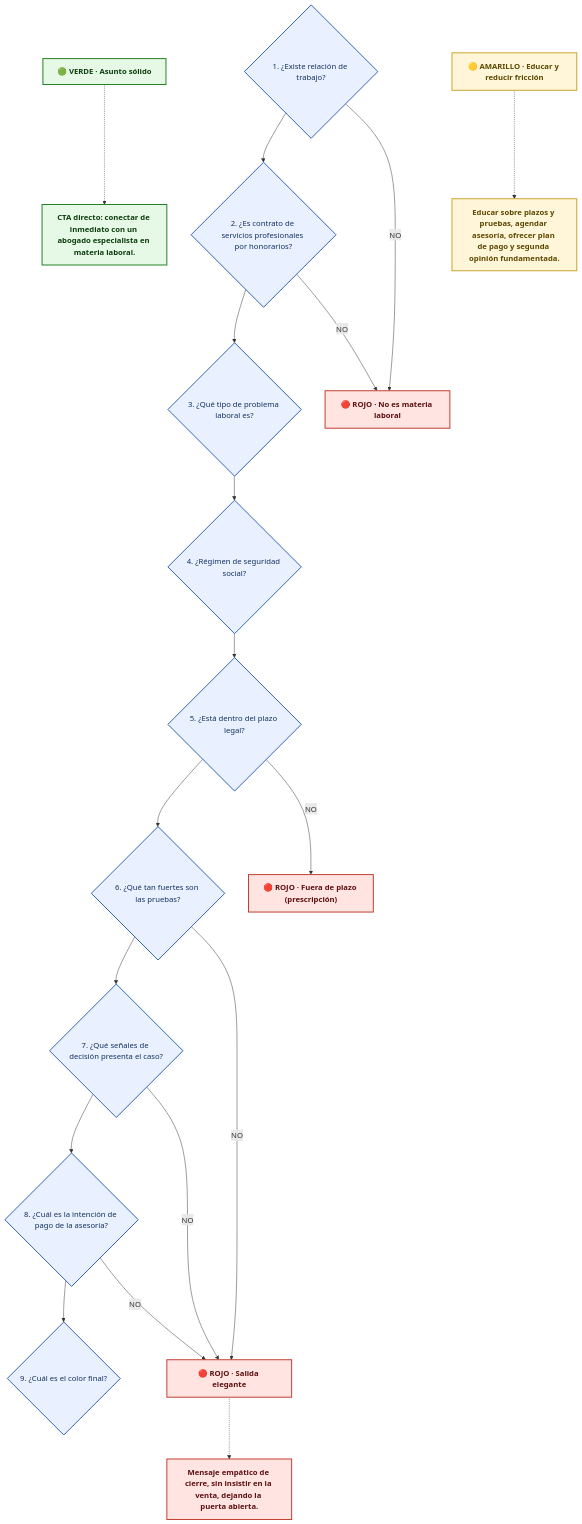
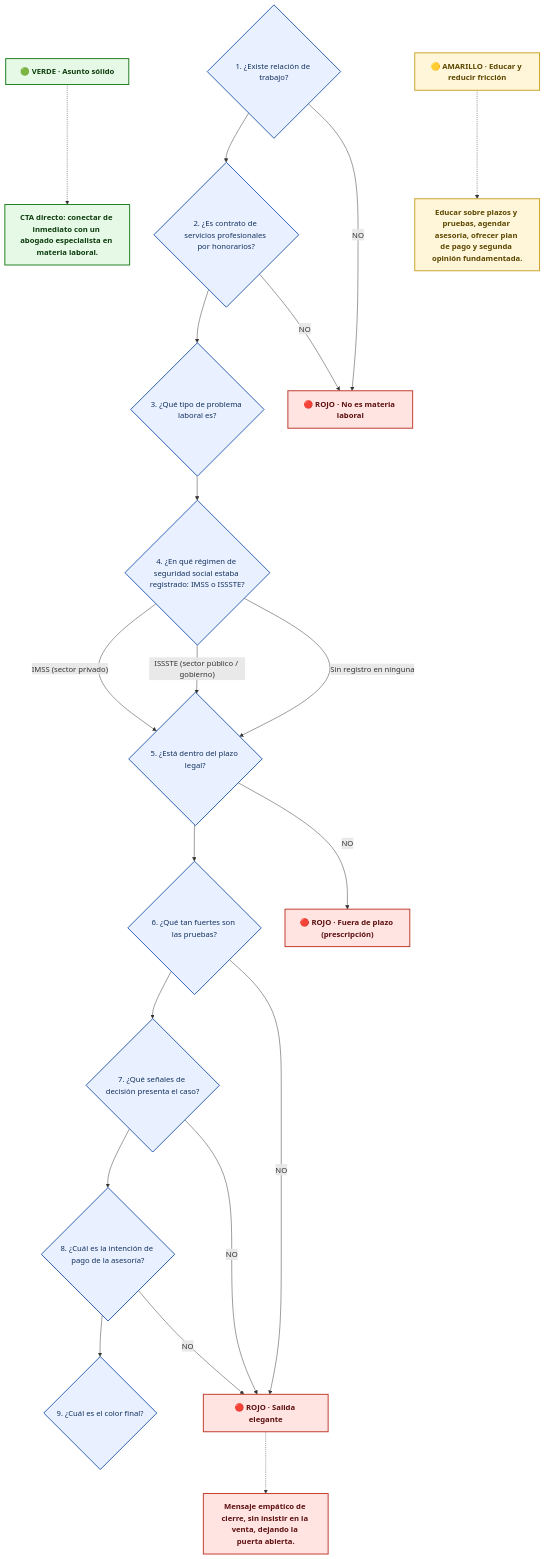
The diagram in docs/IUS_ARBOL_DECISION.md (mmanto/gestion.ar), drawn with Mermaid before and after one commit. The commit also changed other lines of this file and 9 other files, not shown here.

````diff
--- a/docs/IUS_ARBOL_DECISION.md
+++ b/docs/IUS_ARBOL_DECISION.md
@@ -17,41 +17,43 @@
 ```mermaid
 flowchart TD
 
   no_laboral["🔴 ROJO · No es materia laboral"]:::rojo
   prescrito["🔴 ROJO · Fuera de plazo (prescripción)"]:::rojo
   rojo["🔴 ROJO · Salida elegante"]:::rojo
   amarillo["🟡 AMARILLO · Educar y reducir fricción"]:::amarillo
   verde["🟢 VERDE · Asunto sólido"]:::verde
   relacion_laboral{"1. ¿Existe relación de trabajo?"}:::pregunta
   honorarios_simulacion{"2. ¿Es contrato de servicios profesionales por honorarios?"}:::pregunta
   tipo_asunto{"3. ¿Qué tipo de problema laboral es?"}:::pregunta
-  regimen{"4. ¿Régimen de seguridad social?"}:::pregunta
+  regimen{"4. ¿En qué régimen de seguridad social estaba registrado: IMSS o ISSSTE?"}:::pregunta
   plazo{"5. ¿Está dentro del plazo legal?"}:::pregunta
   documentacion{"6. ¿Qué tan fuertes son las pruebas?"}:::pregunta
   senales{"7. ¿Qué señales de decisión presenta el caso?"}:::pregunta
   intencion_pago{"8. ¿Cuál es la intención de pago de la asesoría?"}:::pregunta
   semaforo_final{"9. ¿Cuál es el color final?"}:::pregunta
 
   relacion_laboral --> honorarios_simulacion
   relacion_laboral -- "NO" --> no_laboral
   honorarios_simulacion --> tipo_asunto
   honorarios_simulacion -- "NO" --> no_laboral
   tipo_asunto --> regimen
-  regimen --> plazo
+  regimen -- "IMSS (sector privado)" --> plazo
+  regimen -- "ISSSTE (sector público / gobierno)" --> plazo
+  regimen -- "Sin registro en ninguna" --> plazo
   plazo --> documentacion
   plazo -- "NO" --> prescrito
   documentacion --> senales
   documentacion -- "NO" --> rojo
   senales --> intencion_pago
   senales -- "NO" --> rojo
   intencion_pago --> semaforo_final
   intencion_pago -- "NO" --> rojo
   verde -.-> ACC_verde["CTA directo: conectar de inmediato con un abogado especialista en materia laboral."]:::verde
   amarillo -.-> ACC_amarillo["Educar sobre plazos y pruebas, agendar asesoría, ofrecer plan de pago y segunda opinión fundamentada."]:::amarillo
   rojo -.-> ACC_rojo["Mensaje empático de cierre, sin insistir en la venta, dejando la puerta abierta."]:::rojo
 
   classDef pregunta fill:#e9f0ff,stroke:#2b5fb0,stroke-width:2px,color:#12305c;
   classDef verde    fill:#e6f9e6,stroke:#1e7d1e,stroke-width:2px,color:#0d3d0d,font-weight:bold;
   classDef amarillo fill:#fff6d9,stroke:#c9a227,stroke-width:2px,color:#5c4700,font-weight:bold;
   classDef rojo     fill:#ffe4e1,stroke:#c0392b,stroke-width:2px,color:#5c1010,font-weight:bold;
 ```
````
